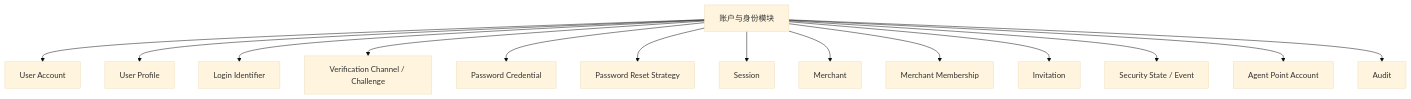
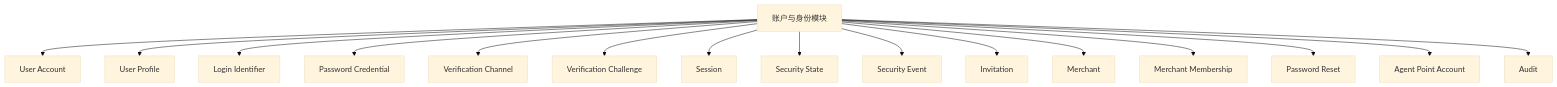
The second of 3 diagrams in docs/system-design/01-账户与身份/账户与身份模块.md (sxyq/mastergoods), drawn with Mermaid (base theme) before and after one commit. The commit also changed other lines of this file and 4 other files, not shown here.

````diff
--- a/docs/system-design/01-账户与身份/账户与身份模块.md
+++ b/docs/system-design/01-账户与身份/账户与身份模块.md
@@ -35,18 +74,20 @@
 ```mermaid
 flowchart TD
-    IAM[账户与身份模块]
+    ACCOUNT[账户与身份模块]
 
-    IAM --> USER[User Account]
-    IAM --> PROFILE[User Profile]
-    IAM --> IDENTIFIER[Login Identifier]
-    IAM --> VERIFY[Verification Channel / Challenge]
-    IAM --> PASSWORD[Password Credential]
-    IAM --> RESET[Password Reset Strategy]
-    IAM --> SESSION[Session]
-    IAM --> MERCHANT[Merchant]
-    IAM --> MEMBER[Merchant Membership]
-    IAM --> INVITE[Invitation]
-    IAM --> SECURITY[Security State / Event]
-    IAM --> POINT[Agent Point Account]
-    IAM --> AUDIT[Audit]
+    ACCOUNT --> USER[User Account]
+    ACCOUNT --> PROFILE[User Profile]
+    ACCOUNT --> IDENTIFIER[Login Identifier]
+    ACCOUNT --> CREDENTIAL[Password Credential]
+    ACCOUNT --> VERIFY[Verification Channel]
+    ACCOUNT --> CHALLENGE[Verification Challenge]
+    ACCOUNT --> SESSION[Session]
+    ACCOUNT --> SECURITY[Security State]
+    ACCOUNT --> EVENT[Security Event]
+    ACCOUNT --> INV[Invitation]
+    ACCOUNT --> MERCHANT[Merchant]
+    ACCOUNT --> MEMBER[Merchant Membership]
+    ACCOUNT --> RESET[Password Reset]
+    ACCOUNT --> POINT[Agent Point Account]
+    ACCOUNT --> AUDIT[Audit]
 ```
````
